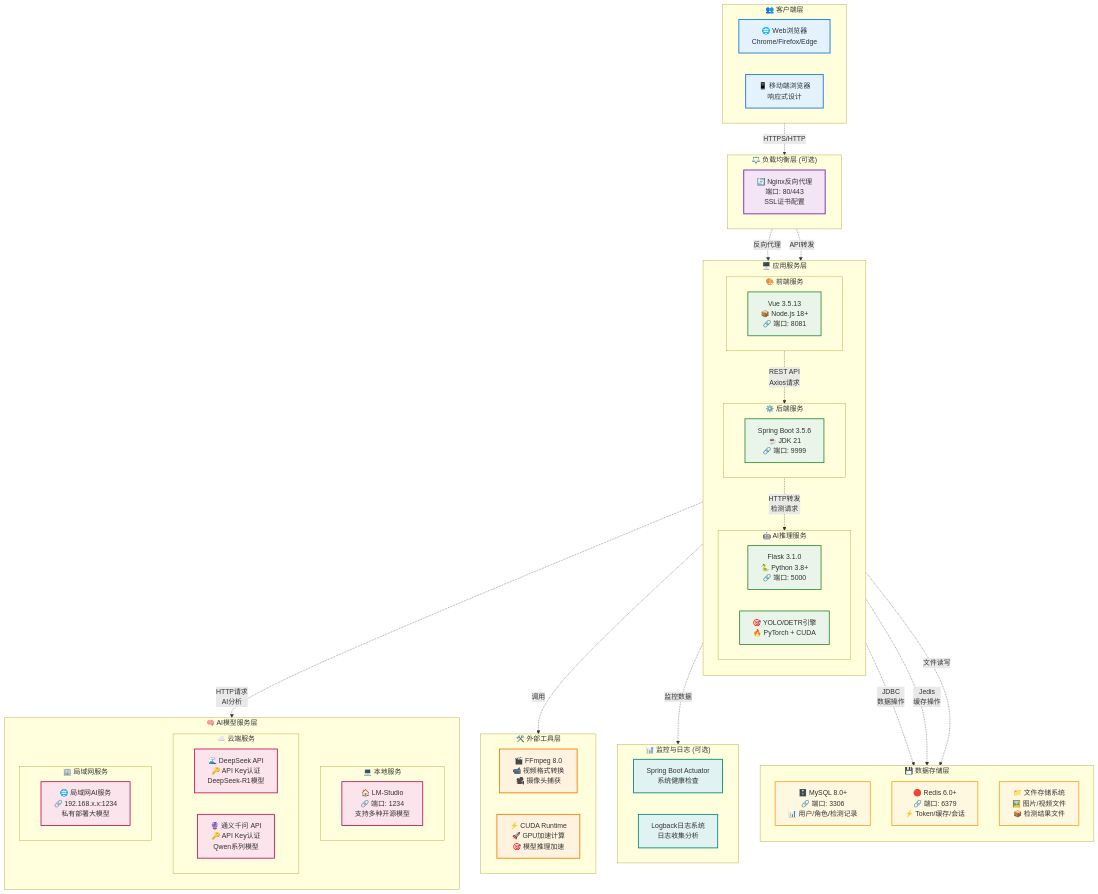
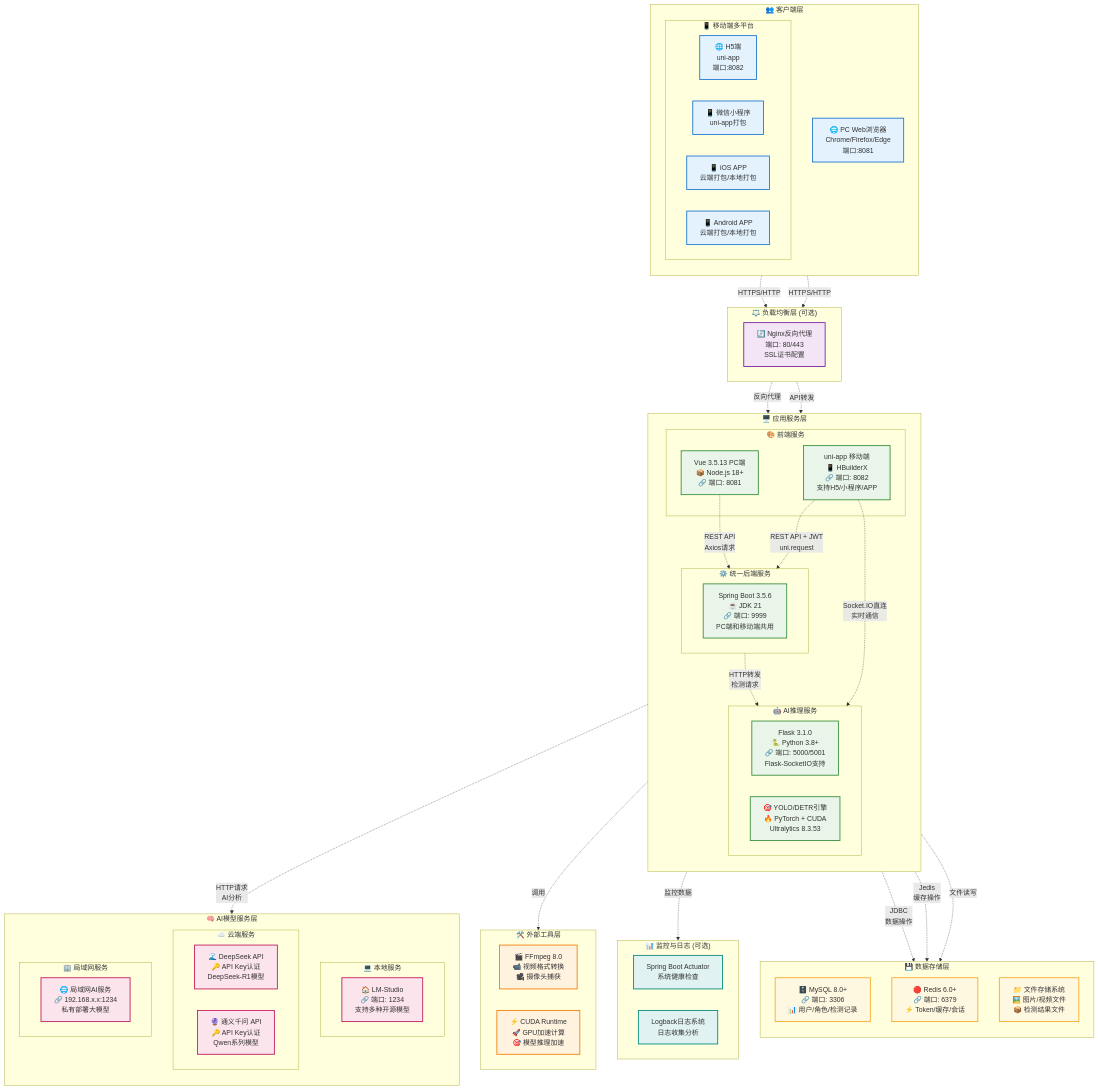
Before and after one commit to Dadalia1917/RuoYi-Classroom-AI: the ninth of 9 diagrams in README.md, drawn with Mermaid. The commit also changed other lines of this file, not shown here.

```diff
--- a/README.md
+++ b/README.md
@@ -641,9 +1268,15 @@
 graph TB
     %% 客户端层
     subgraph Client["👥 客户端层"]
-        direction LR
-        WebBrowser[🌐 Web浏览器<br/>Chrome/Firefox/Edge]
-        MobileBrowser[📱 移动端浏览器<br/>响应式设计]
+        direction TB
+        WebBrowser[🌐 PC Web浏览器<br/>Chrome/Firefox/Edge<br/>端口:8081]
+        
+        subgraph MobileClients["📱 移动端多平台"]
+            MobileH5[🌐 H5端<br/>uni-app<br/>端口:8082]
+            MiniProgram[📱 微信小程序<br/>uni-app打包]
+            iOSApp[📱 iOS APP<br/>云端打包/本地打包]
+            AndroidApp[📱 Android APP<br/>云端打包/本地打包]
+        end
     end
     
     %% 负载均衡层
@@ -656,16 +1289,17 @@
         direction TB
         
         subgraph Frontend["🎨 前端服务"]
-            Vue[Vue 3.5.13<br/>📦 Node.js 18+<br/>🔗 端口: 8081]
+            VuePC[Vue 3.5.13 PC端<br/>📦 Node.js 18+<br/>🔗 端口: 8081]
+            UniApp[uni-app 移动端<br/>📱 HBuilderX<br/>🔗 端口: 8082<br/>支持H5/小程序/APP]
         end
         
-        subgraph Backend["⚙️ 后端服务"]
-            SpringBoot[Spring Boot 3.5.6<br/>☕ JDK 21<br/>🔗 端口: 9999]
+        subgraph Backend["⚙️ 统一后端服务"]
+            SpringBoot[Spring Boot 3.5.6<br/>☕ JDK 21<br/>🔗 端口: 9999<br/>PC端和移动端共用]
         end
         
         subgraph AIService["🤖 AI推理服务"]
-            Flask[Flask 3.1.0<br/>🐍 Python 3.8+<br/>🔗 端口: 5000]
-            YOLO[🎯 YOLO/DETR引擎<br/>🔥 PyTorch + CUDA]
+            Flask[Flask 3.1.0<br/>🐍 Python 3.8+<br/>🔗 端口: 5000/5001<br/>Flask-SocketIO支持]
+            YOLO[🎯 YOLO/DETR引擎<br/>🔥 PyTorch + CUDA<br/>Ultralytics 8.3.53]
         end
     end
     
@@ -709,11 +1343,15 @@
     end
     
     %% 连接关系
-    Client -.->|HTTPS/HTTP| LoadBalancer
+    WebBrowser -.->|HTTPS/HTTP| LoadBalancer
+    MobileClients -.->|HTTPS/HTTP| LoadBalancer
     LoadBalancer -.->|反向代理| Frontend
     LoadBalancer -.->|API转发| Backend
     
-    Frontend -.->|REST API<br/>Axios请求| Backend
+    VuePC -.->|REST API<br/>Axios请求| Backend
+    UniApp -.->|REST API + JWT<br/>uni.request| Backend
+    UniApp -.->|Socket.IO直连<br/>实时通信| AIService
+    
     Backend -.->|HTTP转发<br/>检测请求| AIService
     Backend -.->|JDBC<br/>数据操作| MySQL
     Backend -.->|Jedis<br/>缓存操作| Redis
@@ -733,9 +1371,9 @@
     classDef toolStyle fill:#fff3e0,stroke:#f57c00,stroke-width:2px
     classDef monitorStyle fill:#e0f2f1,stroke:#00897b,stroke-width:2px
     
-    class WebBrowser,MobileBrowser clientStyle
+    class WebBrowser,MobileH5,MiniProgram,iOSApp,AndroidApp clientStyle
     class Nginx proxyStyle
-    class Vue,SpringBoot,Flask,YOLO appStyle
+    class VuePC,UniApp,SpringBoot,Flask,YOLO appStyle
     class LMStudio,DeepSeek,Qwen,LANModels modelStyle
     class MySQL,Redis,FileStorage dataStyle
     class FFmpeg,CUDA toolStyle
```
